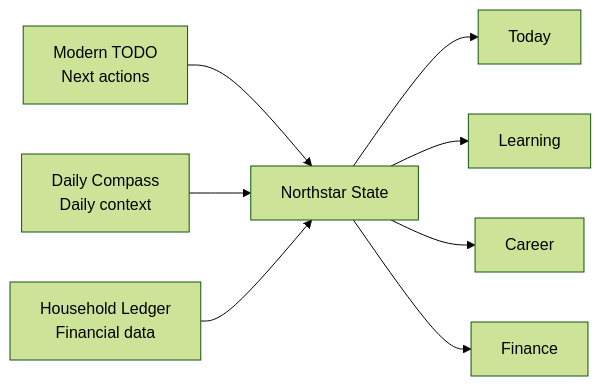
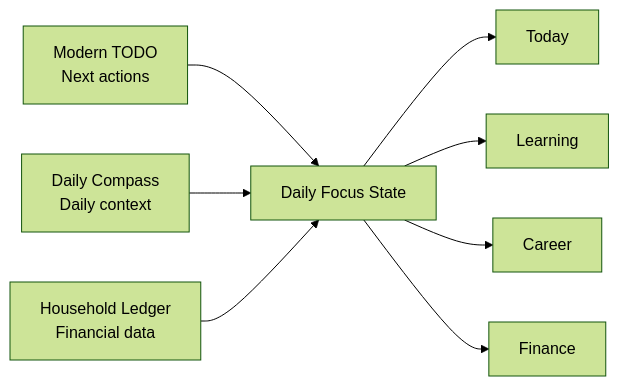
One commit to taeyoungk-dev/personal_dashboard changed the first of 4 diagrams in README.md. Above: the diagram before and after it, drawn with Mermaid (forest theme). The commit also changed other lines of this file and 4 other files, not shown here.

Commit message:
Rename product to Daily Focus

````diff
--- a/README.md
+++ b/README.md
@@ -171,10 +171,10 @@
 ```mermaid
 flowchart LR
-  TODO[Modern TODO\nNext actions] --> CORE[Northstar State]
+  TODO[Modern TODO\nNext actions] --> CORE[Daily Focus State]
   DAILY[Daily Compass\nDaily context] --> CORE
   MONEY[Household Ledger\nFinancial data] --> CORE
   CORE --> TODAY[Today]
   CORE --> LEARN[Learning]
   CORE --> CAREER[Career]
   CORE --> FINANCE[Finance]
 ```
````
